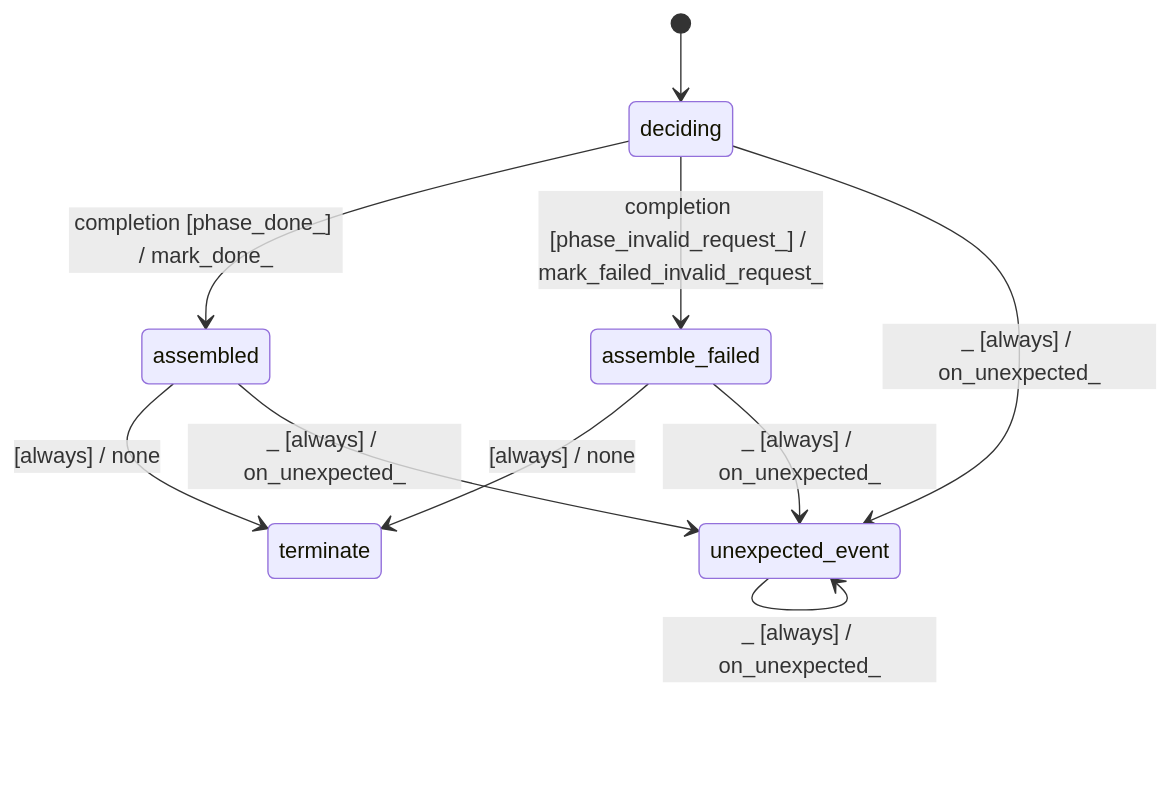
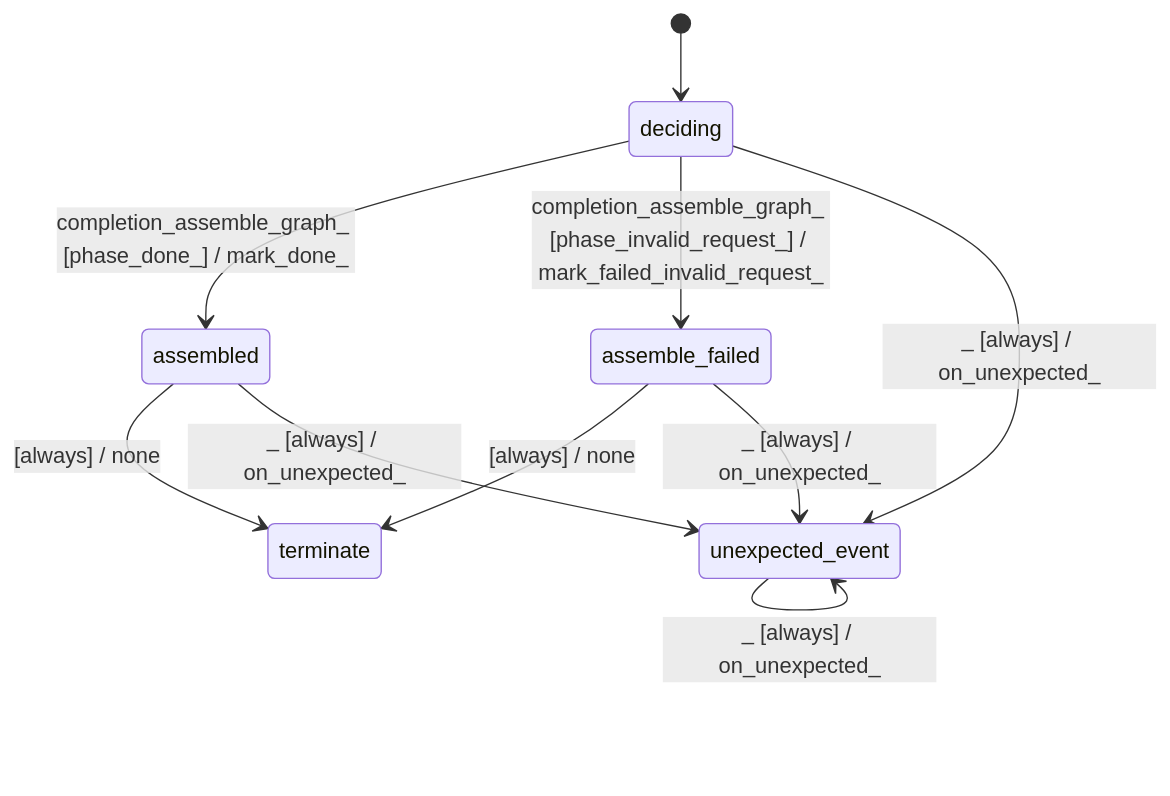
One commit to stateforward/emel.cpp changed the diagram in docs/architecture/graph_assembler_assemble_validate_pass.md. Above: the diagram before and after it, drawn with Mermaid. The commit also changed other lines of this file and 56 other files, not shown here.

Commit message:
docsgen: render typed completion events in generated diagrams

````diff
--- a/docs/architecture/graph_assembler_assemble_validate_pass.md
+++ b/docs/architecture/graph_assembler_assemble_validate_pass.md
@@ -7,13 +7,13 @@
 ```mermaid
 stateDiagram-v2
   direction TB
   [*] --> deciding
-  deciding --> assembled : completion [phase_done_] / mark_done_
-  deciding --> assemble_failed : completion [phase_invalid_request_] / mark_failed_invalid_request_
+  deciding --> assembled : completion_assemble_graph_ [phase_done_] / mark_done_
+  deciding --> assemble_failed : completion_assemble_graph_ [phase_invalid_request_] / mark_failed_invalid_request_
   assembled --> terminate : [always] / none
   assemble_failed --> terminate : [always] / none
   deciding --> unexpected_event : _ [always] / on_unexpected_
   assembled --> unexpected_event : _ [always] / on_unexpected_
   assemble_failed --> unexpected_event : _ [always] / on_unexpected_
   unexpected_event --> unexpected_event : _ [always] / on_unexpected_
 ```
````
